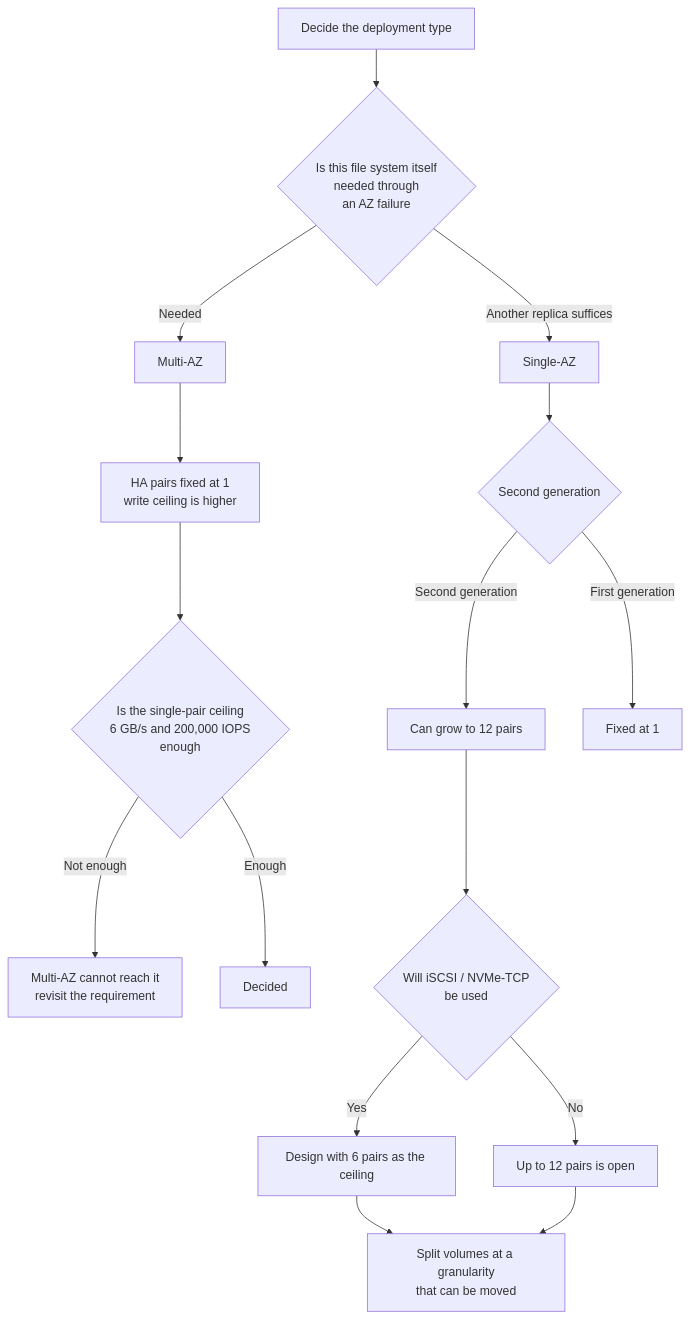
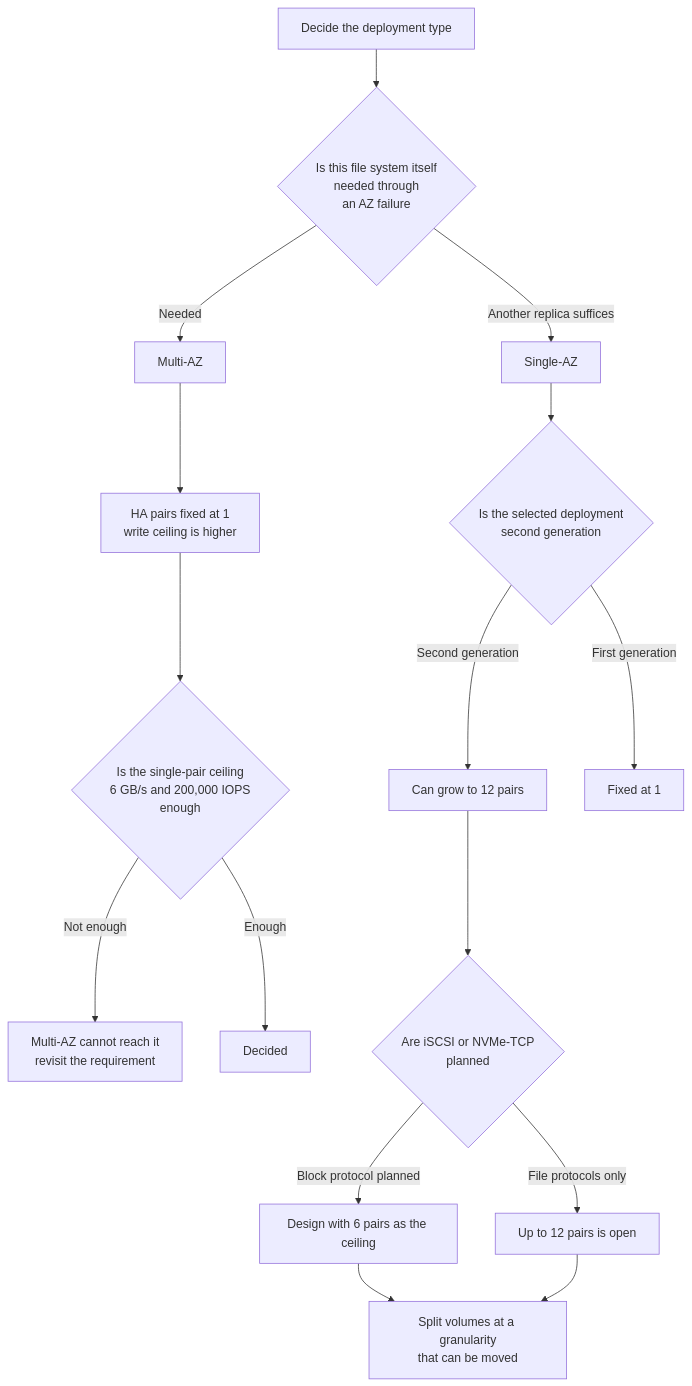
One commit to Yoshiki0705/FSx-for-ONTAP-Adoption-Playbook changed the diagram in docs/en/playbooks/02-design/notes/deployment-type-is-decided-once.md. Above: the diagram before and after it, drawn with Mermaid. The commit also changed other lines of this file and 257 other files, not shown here.

````diff
--- a/docs/en/playbooks/02-design/notes/deployment-type-is-decided-once.md
+++ b/docs/en/playbooks/02-design/notes/deployment-type-is-decided-once.md
@@ -136,23 +154,23 @@
 ```mermaid
 graph TD
     START[Decide the deployment type] --> AZ{Is this file system itself<br/>needed through<br/>an AZ failure}
 
     AZ -->|Needed| MAZ[Multi-AZ]
     AZ -->|Another replica suffices| SAZ[Single-AZ]
 
     MAZ --> MAZ1["HA pairs fixed at 1<br/>write ceiling is higher"]
     MAZ1 --> CAP{Is the single-pair ceiling<br/>6 GB/s and 200,000 IOPS<br/>enough}
     CAP -->|Not enough| RETHINK[Multi-AZ cannot reach it<br/>revisit the requirement]
     CAP -->|Enough| OK1[Decided]
 
-    SAZ --> GEN{Second generation}
+    SAZ --> GEN{Is the selected deployment<br/>second generation}
     GEN -->|Second generation| SCALE["Can grow to 12 pairs"]
     GEN -->|First generation| FIXED[Fixed at 1]
 
-    SCALE --> BLOCK{Will iSCSI / NVMe-TCP<br/>be used}
-    BLOCK -->|Yes| SIX[Design with 6 pairs as the ceiling]
-    BLOCK -->|No| TWELVE[Up to 12 pairs is open]
+    SCALE --> BLOCK{Are iSCSI or NVMe-TCP<br/>planned}
+    BLOCK -->|Block protocol planned| SIX[Design with 6 pairs as the ceiling]
+    BLOCK -->|File protocols only| TWELVE[Up to 12 pairs is open]
 
     SIX --> GRAN[Split volumes at a granularity<br/>that can be moved]
     TWELVE --> GRAN
 ```
````
